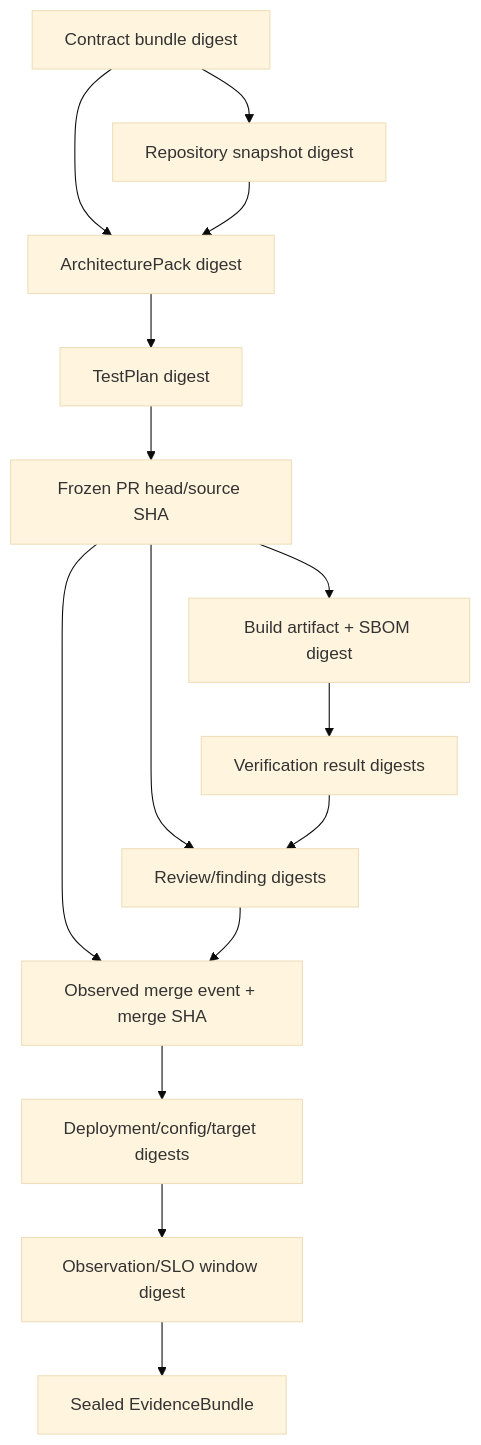
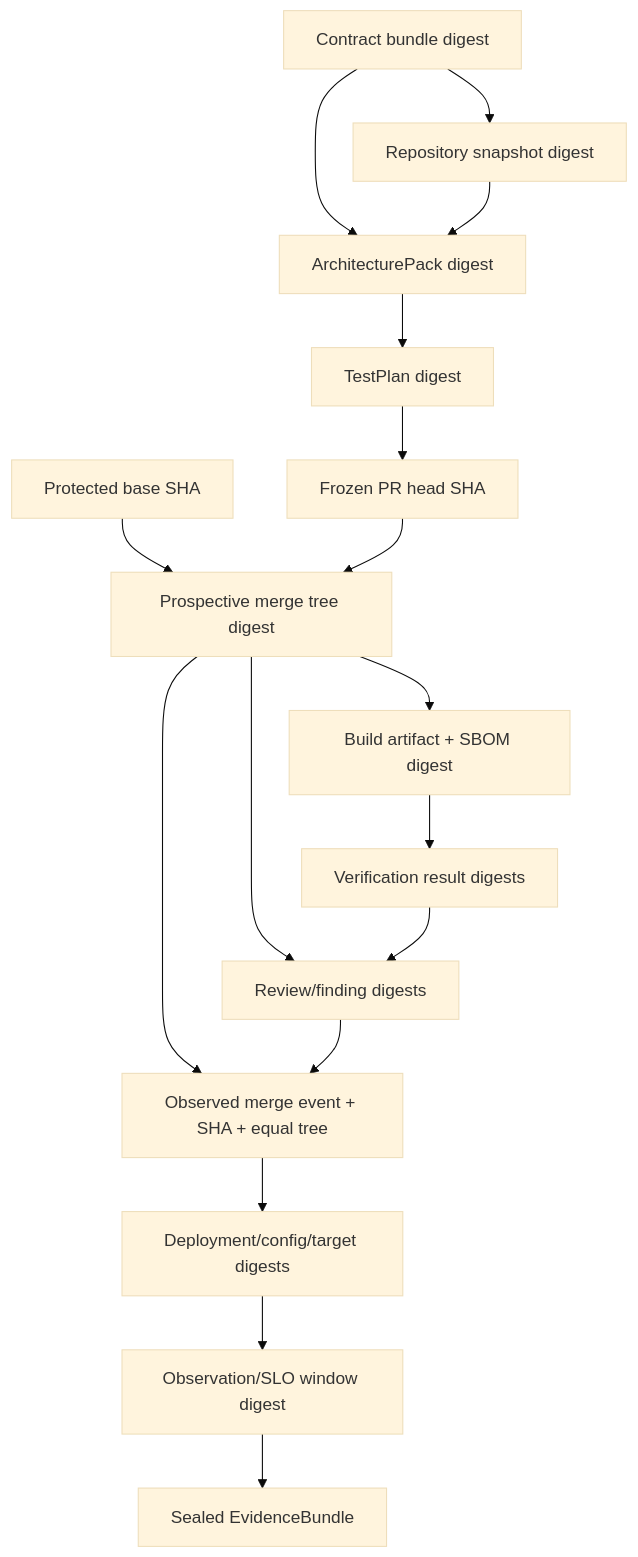
One commit to Abhillashjadhav/production-engineering-os changed the second of 3 diagrams in docs/TARGET-ARCHITECTURE.md. Above: the diagram before and after it, drawn with Mermaid (base theme). The commit also changed other lines of this file and 7 other files, not shown here.

````diff
--- a/docs/TARGET-ARCHITECTURE.md
+++ b/docs/TARGET-ARCHITECTURE.md
@@ -131,17 +131,19 @@
 ```mermaid
 flowchart TB
     C[Contract bundle digest] --> R[Repository snapshot digest]
     C --> A[ArchitecturePack digest]
     R --> A
     A --> T[TestPlan digest]
-    T --> H[Frozen PR head/source SHA]
-    H --> B[Build artifact + SBOM digest]
+    T --> H[Frozen PR head SHA]
+    P[Protected base SHA] --> MT[Prospective merge tree digest]
+    H --> MT
+    MT --> B[Build artifact + SBOM digest]
     B --> V[Verification result digests]
-    H --> RV[Review/finding digests]
+    MT --> RV[Review/finding digests]
     V --> RV[Review/finding digests]
-    H --> M[Observed merge event + merge SHA]
+    MT --> M[Observed merge event + SHA + equal tree]
     RV --> M
     M --> D[Deployment/config/target digests]
     D --> O[Observation/SLO window digest]
     O --> E[Sealed EvidenceBundle]
 ```
````
